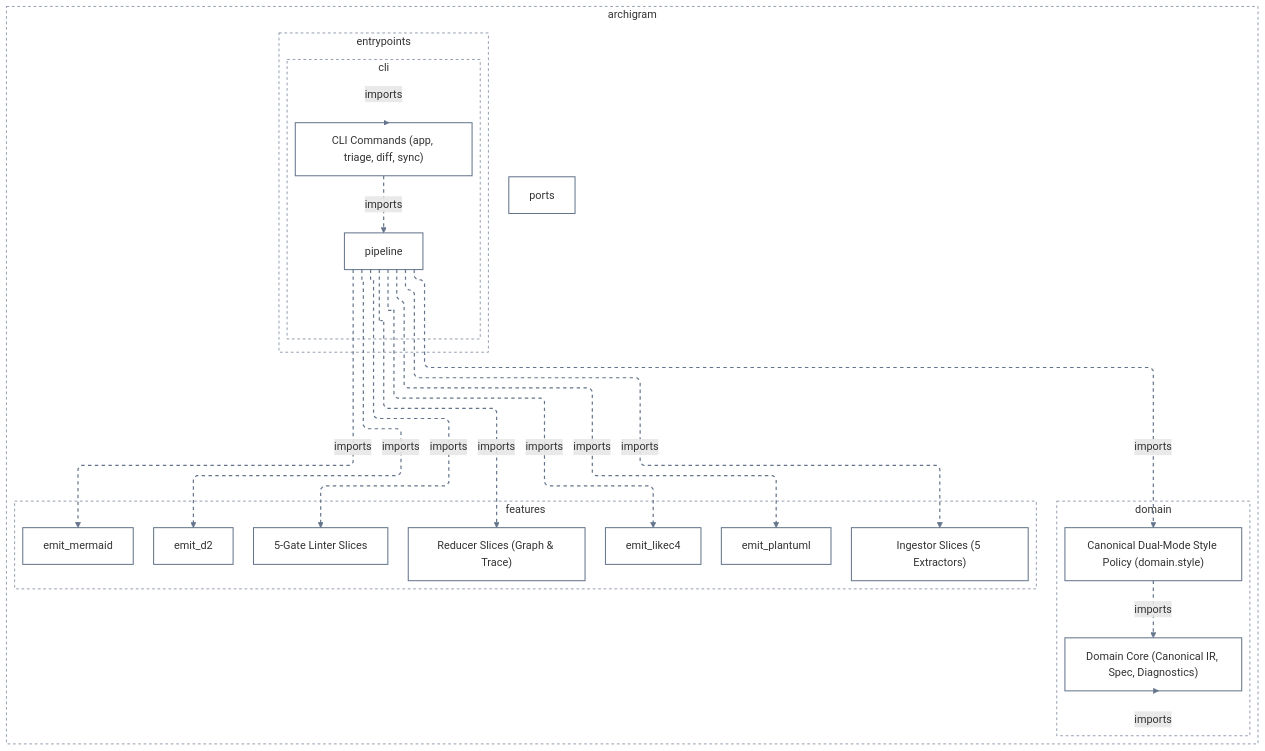
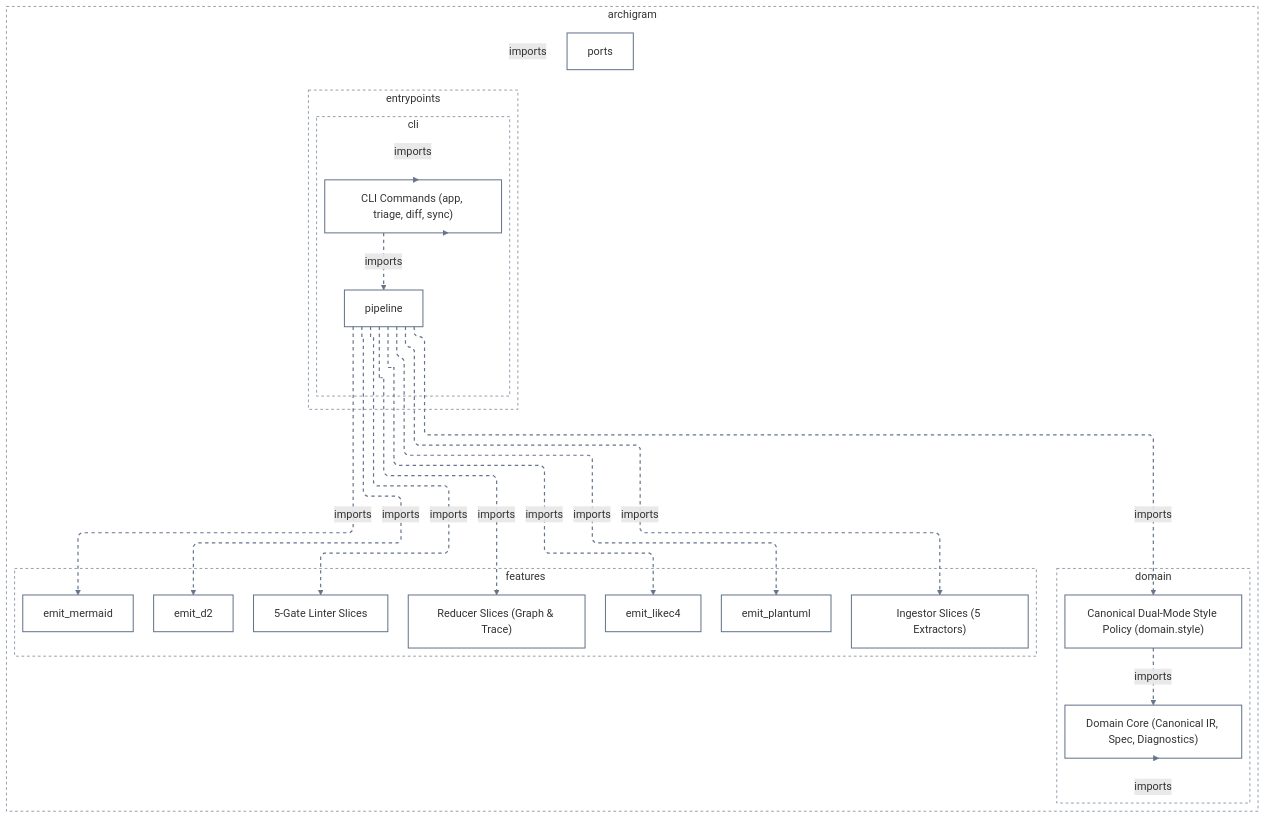
The diagram in docs/architecture/diagrams/showcase_cli_triage_mermaid.mmd (klcd/archigram), drawn with Mermaid before and after one commit. The commit also changed 39 other files, not shown here.

```diff
--- a/docs/architecture/diagrams/showcase_cli_triage_mermaid.mmd
+++ b/docs/architecture/diagrams/showcase_cli_triage_mermaid.mmd
@@ -1,52 +1,53 @@
 ---
 config:
   layout: elk
   elk:
     mergeEdges: false
     nodePlacementStrategy: BRANDES_KOEPF
   flowchart:
     defaultRenderer: elk
     curve: linear
 ---
 flowchart TD
   classDef default fill:transparent,stroke:#64748b,stroke-width:1.5px
   subgraph n0["archigram"]
     subgraph n1["domain"]
       n12["Domain Core (Canonical IR, Spec, Diagnostics)"]
       n13["Canonical Dual-Mode Style Policy (domain.style)"]
     end
     subgraph n2["entrypoints"]
       subgraph n3["cli"]
         n4["pipeline"]
         n11["CLI Commands (app, triage, diff, sync)"]
       end
     end
     subgraph n5["features"]
       n6["emit_d2"]
       n7["emit_likec4"]
       n8["emit_mermaid"]
       n9["emit_plantuml"]
       n14["Ingestor Slices (5 Extractors)"]
       n15["5-Gate Linter Slices"]
       n16["Reducer Slices (Graph & Trace)"]
     end
     n10["ports"]
   end
   style n0 fill:transparent,stroke:#64748b,stroke-width:1px,stroke-dasharray:4 4
   style n1 fill:transparent,stroke:#64748b,stroke-width:1px,stroke-dasharray:4 4
   style n2 fill:transparent,stroke:#64748b,stroke-width:1px,stroke-dasharray:4 4
   style n3 fill:transparent,stroke:#64748b,stroke-width:1px,stroke-dasharray:4 4
   style n5 fill:transparent,stroke:#64748b,stroke-width:1px,stroke-dasharray:4 4
   n3 -.->|"imports"| n11
+  n11 -.->|"imports"| n0
   n11 -.->|"imports"| n4
   n12 -.->|"imports"| n1
   n4 -.->|"imports"| n13
   n13 -.->|"imports"| n12
   n4 -.->|"imports"| n14
   n4 -.->|"imports"| n15
   n4 -.->|"imports"| n16
   n4 -.->|"imports"| n6
   n4 -.->|"imports"| n7
   n4 -.->|"imports"| n8
   n4 -.->|"imports"| n9
-  linkStyle 0,1,2,3,4,5,6,7,8,9,10,11 stroke:#64748b,stroke-width:1.75px,stroke-dasharray:5 5
+  linkStyle 0,1,2,3,4,5,6,7,8,9,10,11,12 stroke:#64748b,stroke-width:1.75px,stroke-dasharray:5 5
```
